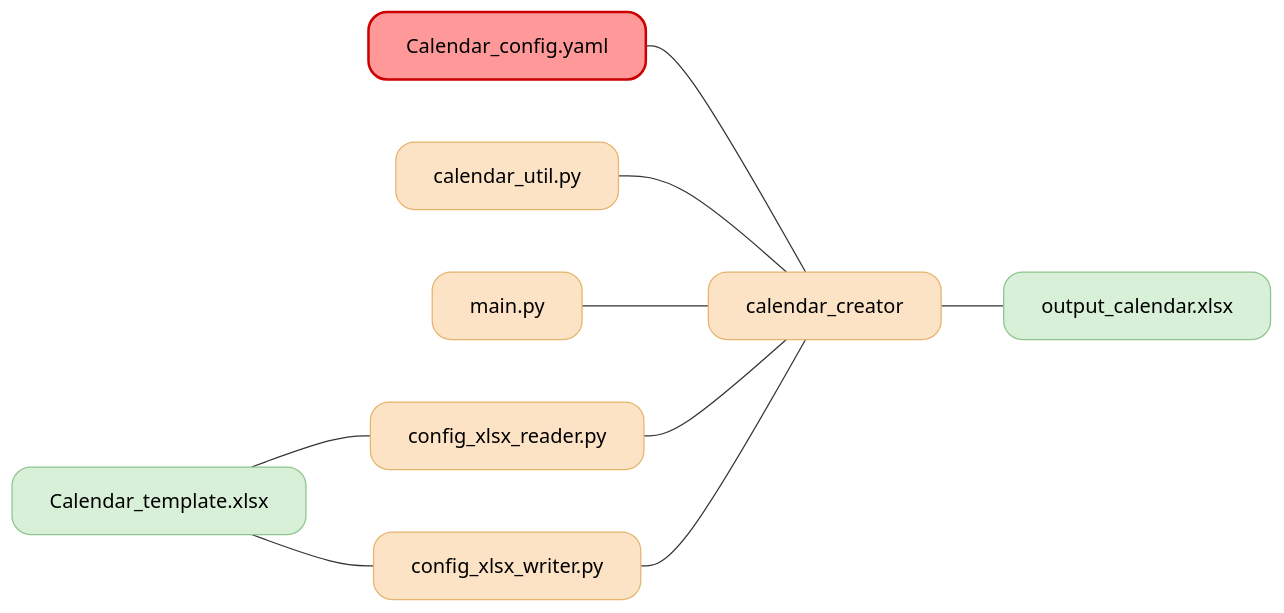
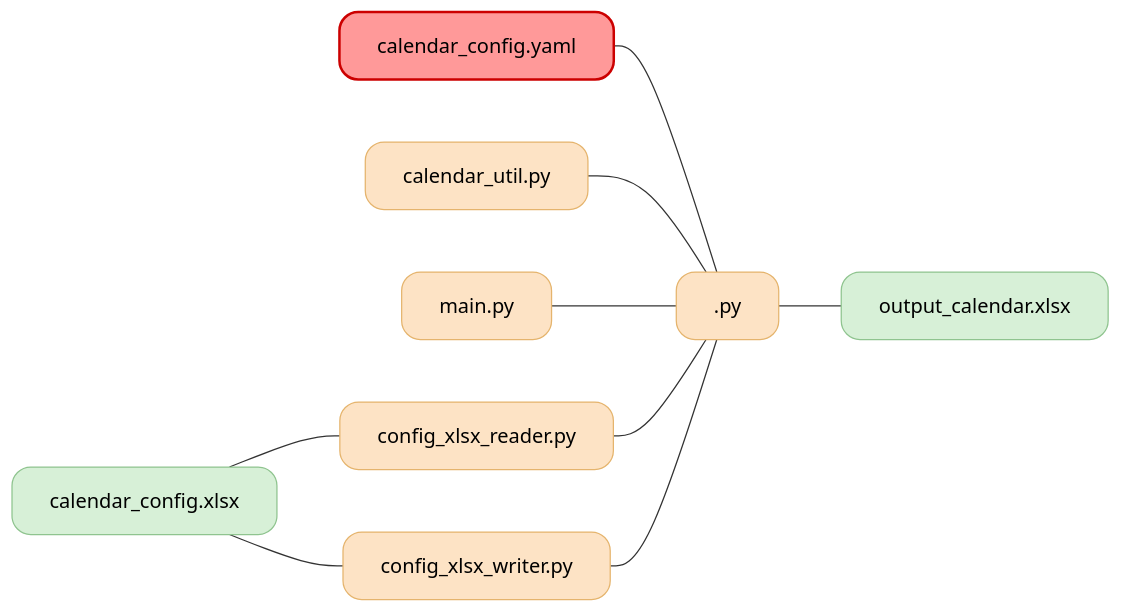
One commit to 3seasonal/coffee-salad changed the second of 2 diagrams in README.md. Above: the diagram before and after it, drawn with Mermaid. The commit also changed 3 other files, not shown here.

````diff
--- a/README.md
+++ b/README.md
@@ -135,18 +135,18 @@
 ```mermaid
 flowchart LR
     %% Nodes
-    A[Calendar_config.yaml]:::config --- C[calendar_creator]:::module
+    A[calendar_config.yaml]:::config --- C[.py]:::module
     B[calendar_util.py]:::module --- C
     D[main.py]:::module --- C
     E[config_xlsx_reader.py]:::module --- C
     F[config_xlsx_writer.py]:::module --- C
-    G[Calendar_template.xlsx]:::file --- E
+    G[calendar_config.xlsx]:::file --- E
     G --- F
     C --- H[output_calendar.xlsx]:::file
 
     %% Styles
     classDef config fill:#ff9999,stroke:#cc0000,stroke-width:2px,rx:15,ry:15,color:#000;
     classDef module fill:#fde3c5,stroke:#e5b46d,stroke-width:1px,rx:15,ry:15,color:#000;
     classDef file fill:#d7f0d7,stroke:#8fc48f,stroke-width:1px,rx:15,ry:15,color:#000;
 
 ```
````
